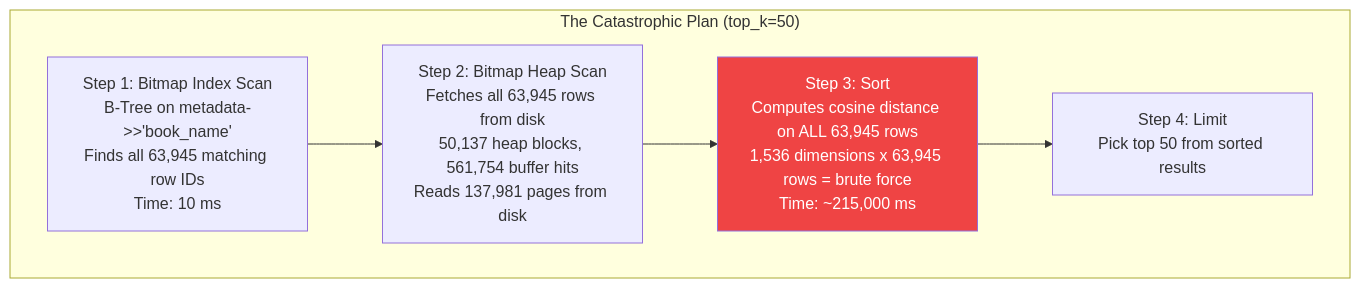
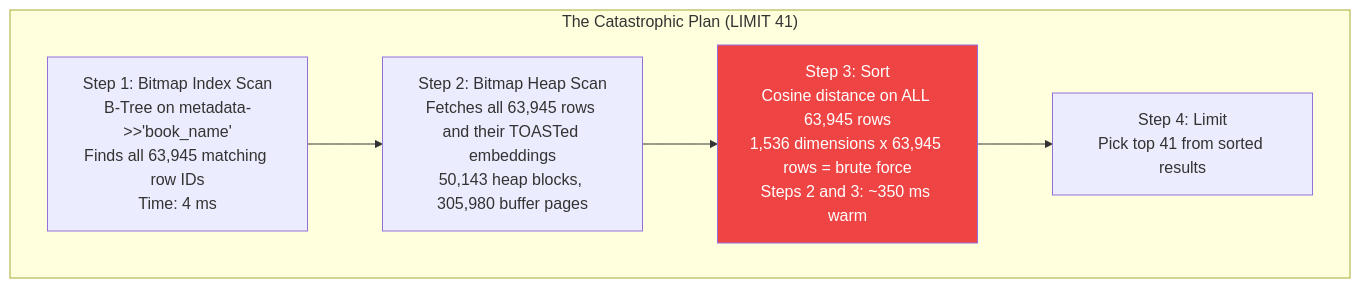
Before and after one commit to tharindu-sankalpa/pgvector-filtering-investigation: the second of 3 diagrams in README.md, drawn with Mermaid. The commit also changed other lines of this file and 48 other files, not shown here.

````diff
--- a/README.md
+++ b/README.md
@@ -638,13 +679,13 @@
 ```mermaid
 flowchart TD
-    subgraph "The Catastrophic Plan (top_k=50)"
-        S1["Step 1: Bitmap Index Scan<br/>B-Tree on metadata->>'book_name'<br/>Finds all 63,945 matching row IDs<br/>Time: 10 ms"]
-        S2["Step 2: Bitmap Heap Scan<br/>Fetches all 63,945 rows from disk<br/>50,137 heap blocks, 561,754 buffer hits<br/>Reads 137,981 pages from disk"]
-        S3["Step 3: Sort<br/>Computes cosine distance on ALL 63,945 rows<br/>1,536 dimensions x 63,945 rows = brute force<br/>Time: ~215,000 ms"]
-        S4["Step 4: Limit<br/>Pick top 50 from sorted results"]
+    subgraph "The Catastrophic Plan (LIMIT 41)"
+        S1["Step 1: Bitmap Index Scan<br/>B-Tree on metadata->>'book_name'<br/>Finds all 63,945 matching row IDs<br/>Time: 4 ms"]
+        S2["Step 2: Bitmap Heap Scan<br/>Fetches all 63,945 rows and their TOASTed embeddings<br/>50,143 heap blocks, 305,980 buffer pages"]
+        S3["Step 3: Sort<br/>Cosine distance on ALL 63,945 rows<br/>1,536 dimensions x 63,945 rows = brute force<br/>Steps 2 and 3: ~350 ms warm"]
+        S4["Step 4: Limit<br/>Pick top 41 from sorted results"]
 
         S1 --> S2 --> S3 --> S4
     end
 
     style S3 fill:#ef4444,color:#fff
 ```
````
